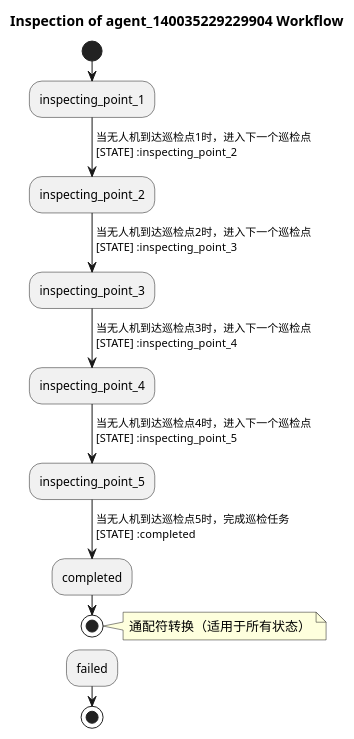
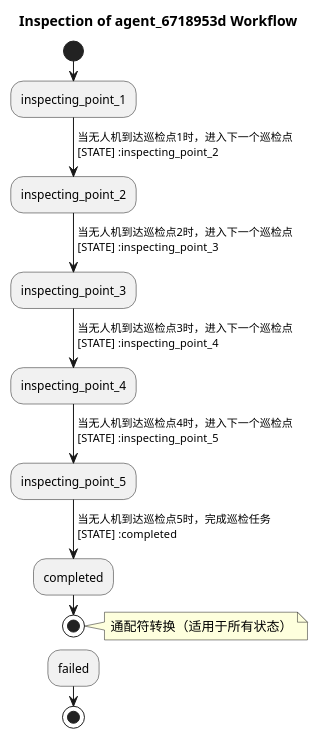
One commit to ZhiweiWei-NAMI/AeroAgentSim changed the diagram in src/airfogsim/examples/diagrams/inspection_workflow.puml. Above: the diagram before and after it, drawn with PlantUML. The commit also changed 88 other files, not shown here.

```diff
--- a/src/airfogsim/examples/diagrams/inspection_workflow.puml
+++ b/src/airfogsim/examples/diagrams/inspection_workflow.puml
@@ -1,21 +1,21 @@
 @startuml
-title Inspection of agent_140035229229904 Workflow
+title Inspection of agent_6718953d Workflow
 start
 :inspecting_point_1;
 -> 当无人机到达巡检点1时，进入下一个巡检点\n[STATE] :inspecting_point_2;
 :inspecting_point_2;
 -> 当无人机到达巡检点2时，进入下一个巡检点\n[STATE] :inspecting_point_3;
 :inspecting_point_3;
 -> 当无人机到达巡检点3时，进入下一个巡检点\n[STATE] :inspecting_point_4;
 :inspecting_point_4;
 -> 当无人机到达巡检点4时，进入下一个巡检点\n[STATE] :inspecting_point_5;
 :inspecting_point_5;
 -> 当无人机到达巡检点5时，完成巡检任务\n[STATE] :completed;
 :completed;
 stop
 
 note right: 通配符转换（适用于所有状态）
 -> [EVENT] :failed;
 :failed;
 stop
 @enduml
```
